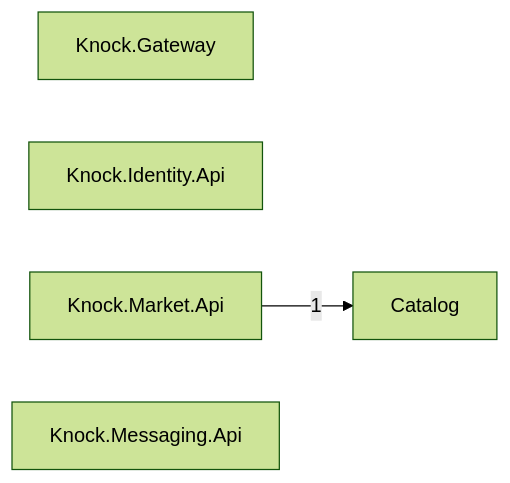
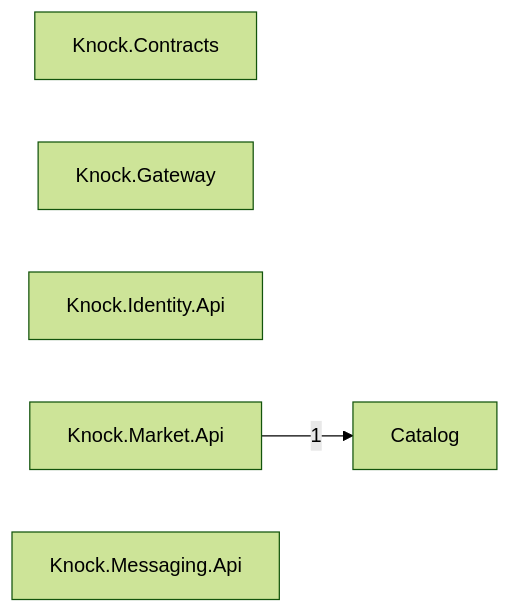
One commit to Tensei-Devs/knock-backend changed the diagram in docs/architecture/modules.mmd. Above: the diagram before and after it, drawn with Mermaid (forest theme). The commit also changed 6 other files, not shown here.

First line of the commit message:
docs(architecture): describe the services, routes and rules and mark the spec 001 tasks done (KNOCK-196)

```diff
--- a/docs/architecture/modules.mmd
+++ b/docs/architecture/modules.mmd
@@ -1,7 +1,8 @@
 graph LR
   Catalog["Catalog"]
+  Knock_Contracts["Knock.Contracts"]
   Knock_Gateway["Knock.Gateway"]
   Knock_Identity_Api["Knock.Identity.Api"]
   Knock_Market_Api["Knock.Market.Api"]
   Knock_Messaging_Api["Knock.Messaging.Api"]
   Knock_Market_Api -->|1| Catalog
```
